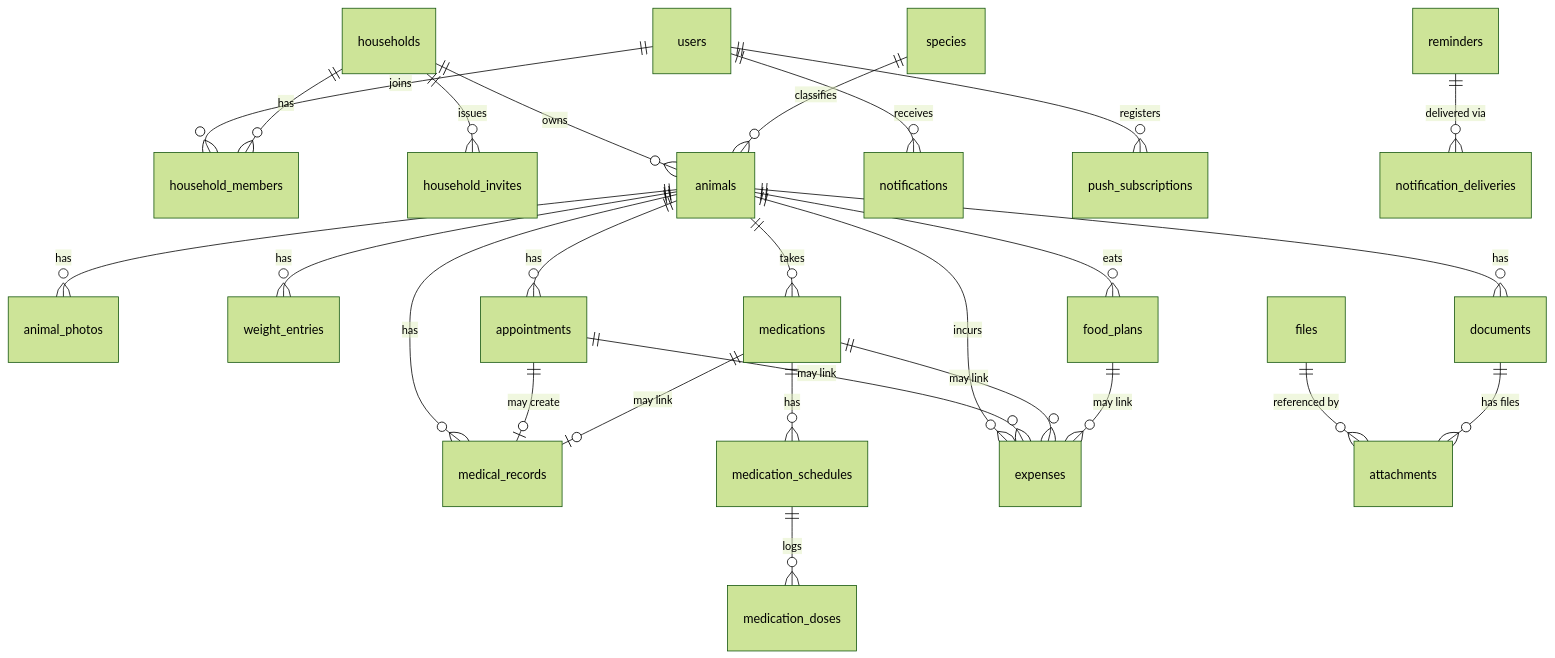
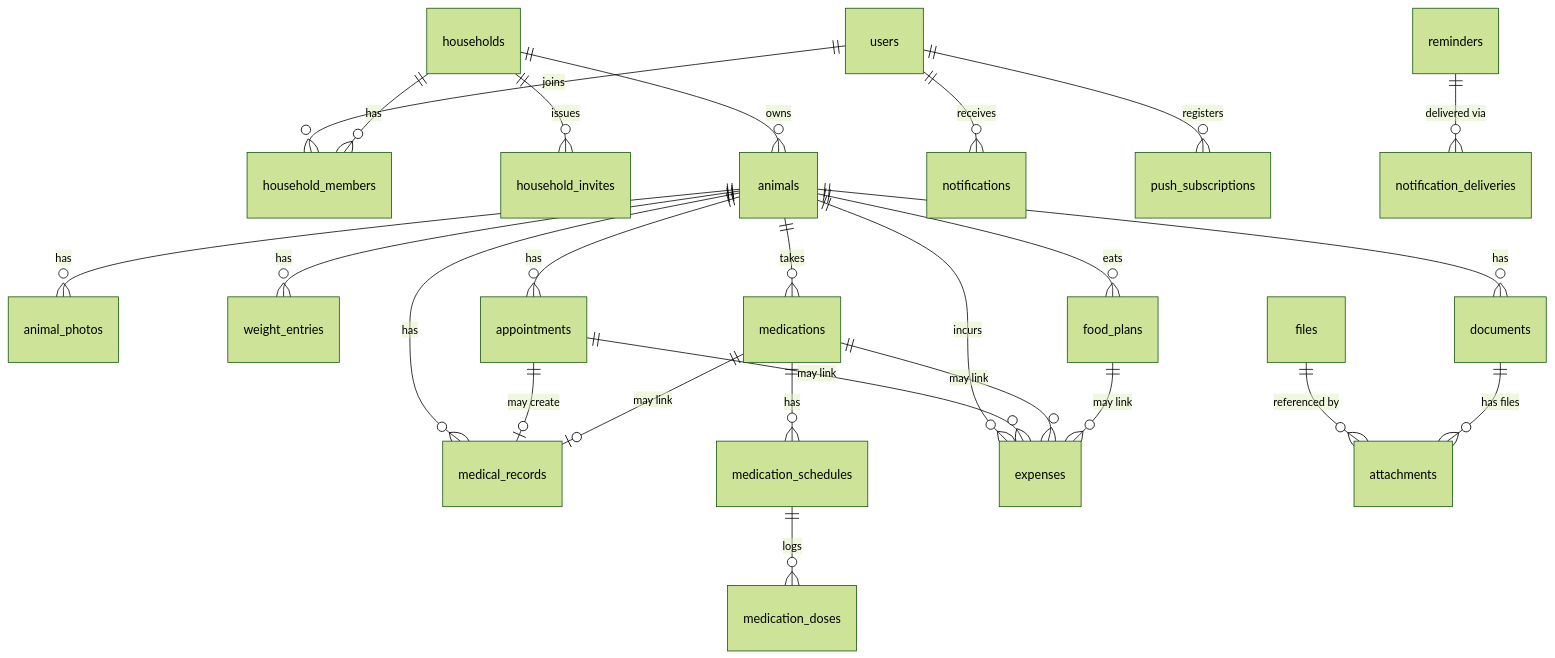
The diagram in docs/DATA_MODEL.md (BjornPijpops/animal_logbook), drawn with Mermaid (forest theme) before and after one commit. The commit also changed other lines of this file and 6 other files, not shown here.

Commit message:
test(e2e): animals journey with axe; docs: ADR 0009 offline emergency data, data model, roadmap

````diff
--- a/docs/DATA_MODEL.md
+++ b/docs/DATA_MODEL.md
@@ -15,28 +15,27 @@
 ```mermaid
 erDiagram
   users ||--o{ household_members : "joins"
   households ||--o{ household_members : "has"
   households ||--o{ household_invites : "issues"
   households ||--o{ animals : "owns"
-  species ||--o{ animals : "classifies"
   animals ||--o{ animal_photos : "has"
   animals ||--o{ weight_entries : "has"
   animals ||--o{ appointments : "has"
   animals ||--o{ medical_records : "has"
   animals ||--o{ medications : "takes"
   medications ||--o{ medication_schedules : "has"
   medication_schedules ||--o{ medication_doses : "logs"
   animals ||--o{ expenses : "incurs"
   animals ||--o{ food_plans : "eats"
   animals ||--o{ documents : "has"
   appointments ||--o| medical_records : "may create"
   medications ||--o| medical_records : "may link"
   appointments ||--o{ expenses : "may link"
   medications ||--o{ expenses : "may link"
   food_plans ||--o{ expenses : "may link"
   files ||--o{ attachments : "referenced by"
   documents ||--o{ attachments : "has files"
   users ||--o{ notifications : "receives"
   users ||--o{ push_subscriptions : "registers"
   reminders ||--o{ notification_deliveries : "delivered via"
 ```
````
